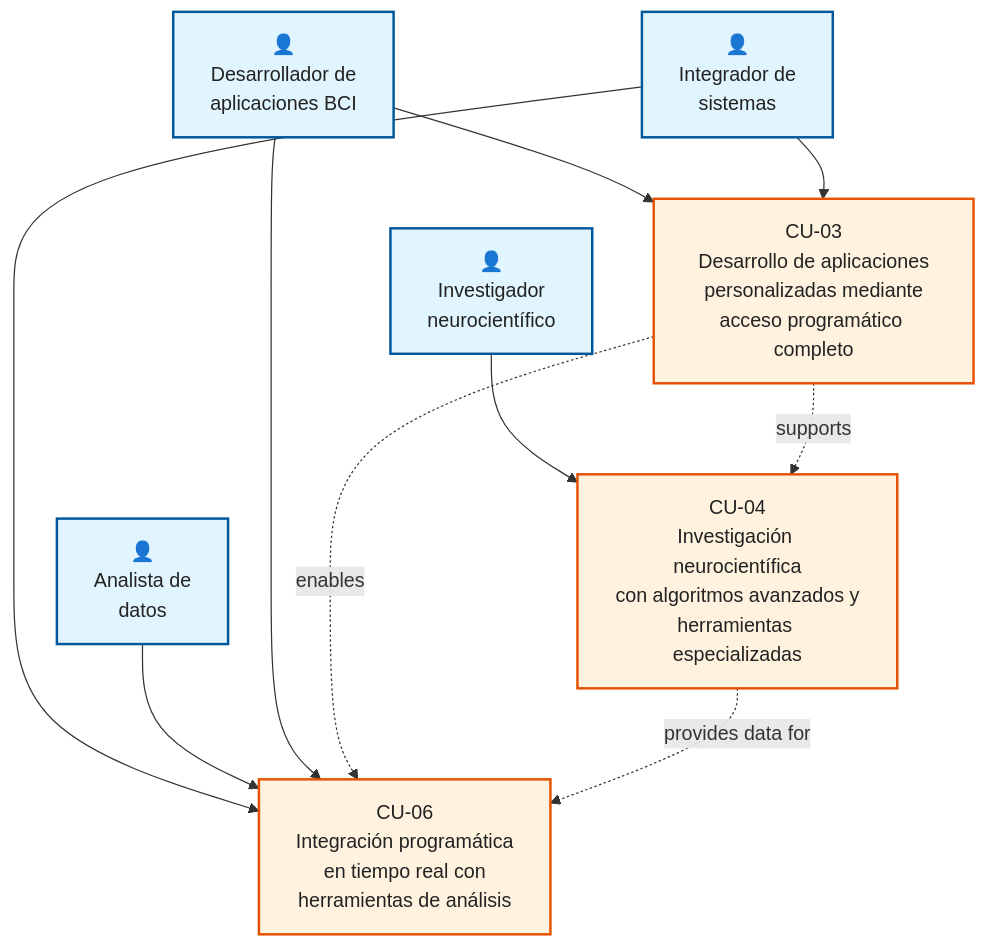
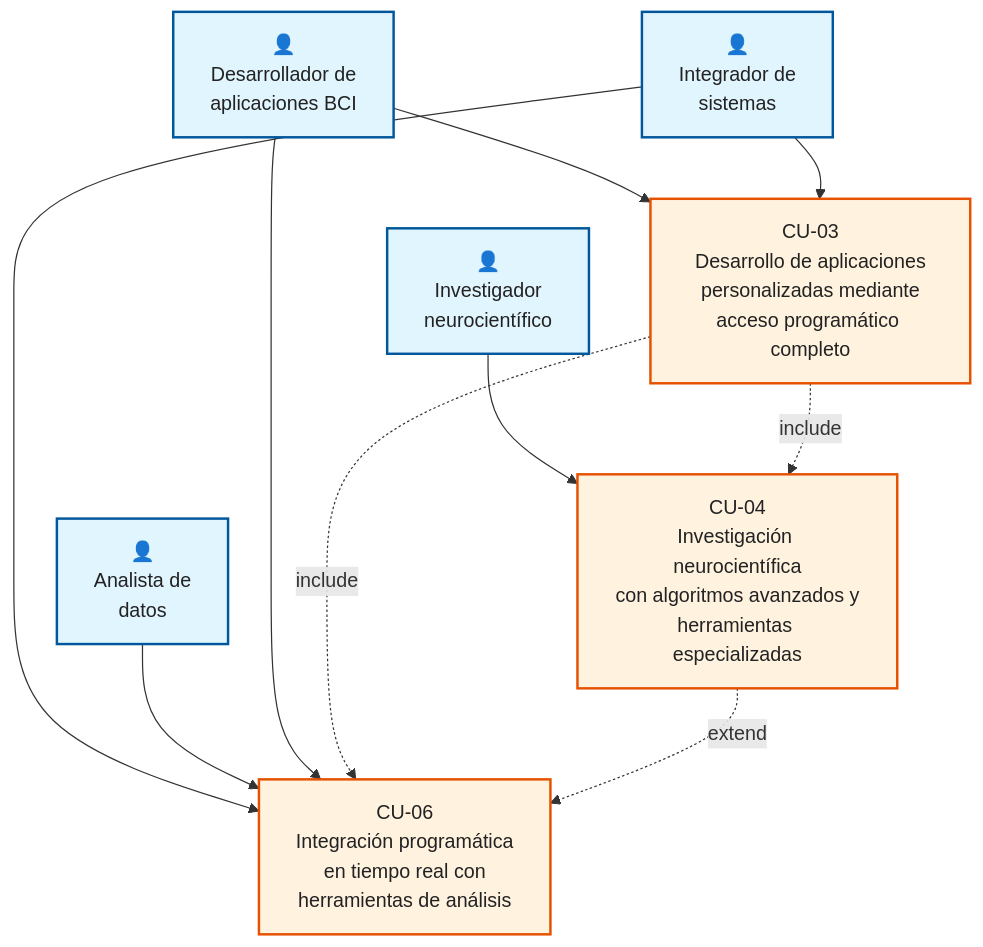
Before and after one commit to PabloSoage/NeuroSync-Framework: the diagram in Memoria_Latex/diagramas_casos_uso/casos_uso_it3.md, drawn with Mermaid. The commit also changed 6 other files, not shown here.

Commit message:
diagramas UML casos de uso

````diff
--- a/Memoria_Latex/diagramas_casos_uso/casos_uso_it3.md
+++ b/Memoria_Latex/diagramas_casos_uso/casos_uso_it3.md
@@ -1,33 +1,33 @@
 ```mermaid
 graph TB
     %% Actores
     DevBCI[👤<br/><span style='color:#222'>Desarrollador de<br/>aplicaciones BCI</span>]
     InvNeuro[👤<br/><span style='color:#222'>Investigador<br/>neurocientífico</span>]
     Integrador[👤<br/><span style='color:#222'>Integrador de<br/>sistemas</span>]
     Analista[👤<br/><span style='color:#222'>Analista de<br/>datos</span>]
 
     %% Casos de uso
     CU03[<span style='color:#222'>CU-03<br/>Desarrollo de aplicaciones<br/>personalizadas mediante<br/>acceso programático completo</span>]
     CU04[<span style='color:#222'>CU-04<br/>Investigación neurocientífica<br/>con algoritmos avanzados y<br/>herramientas especializadas</span>]
     CU06[<span style='color:#222'>CU-06<br/>Integración programática<br/>en tiempo real con<br/>herramientas de análisis</span>]
 
     %% Relaciones actores-casos de uso
     DevBCI --> CU03
     InvNeuro --> CU04
     Integrador --> CU06
     Integrador --> CU03
     Analista --> CU06
     DevBCI --> CU06
 
     %% Relaciones entre casos de uso (capacidades avanzadas)
-    CU03 -.->|enables| CU06
-    CU04 -.->|provides data for| CU06
-    CU03 -.->|supports| CU04
+    CU03 -.->|include| CU06
+    CU04 -.->|extend| CU06
+    CU03 -.->|include| CU04
 
     %% Estilos
     classDef actor fill:#e1f5fe,stroke:#01579b,stroke-width:2px
     classDef usecase fill:#fff3e0,stroke:#e65100,stroke-width:2px
 
     class DevBCI,InvNeuro,Integrador,Analista actor
     class CU03,CU04,CU06 usecase
 ```
````
